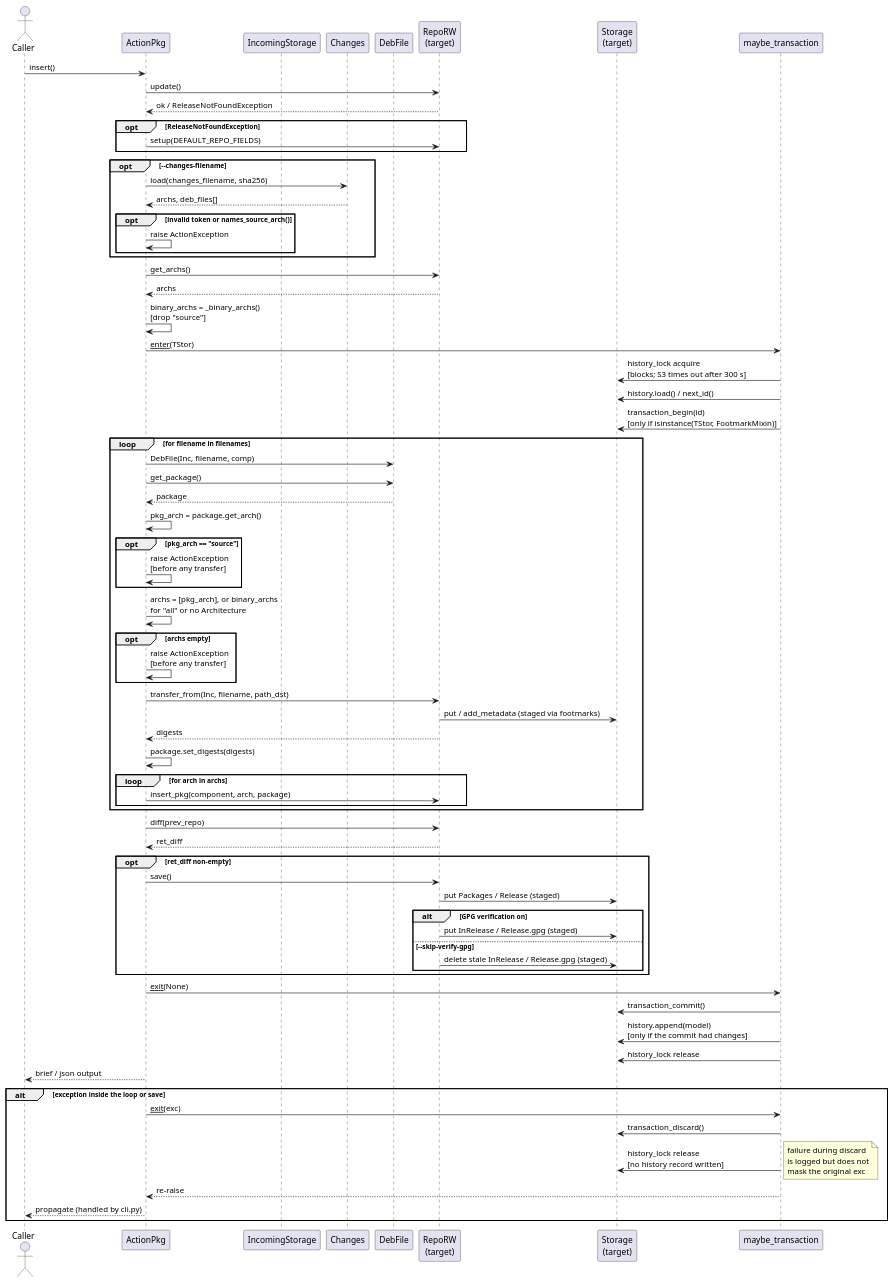
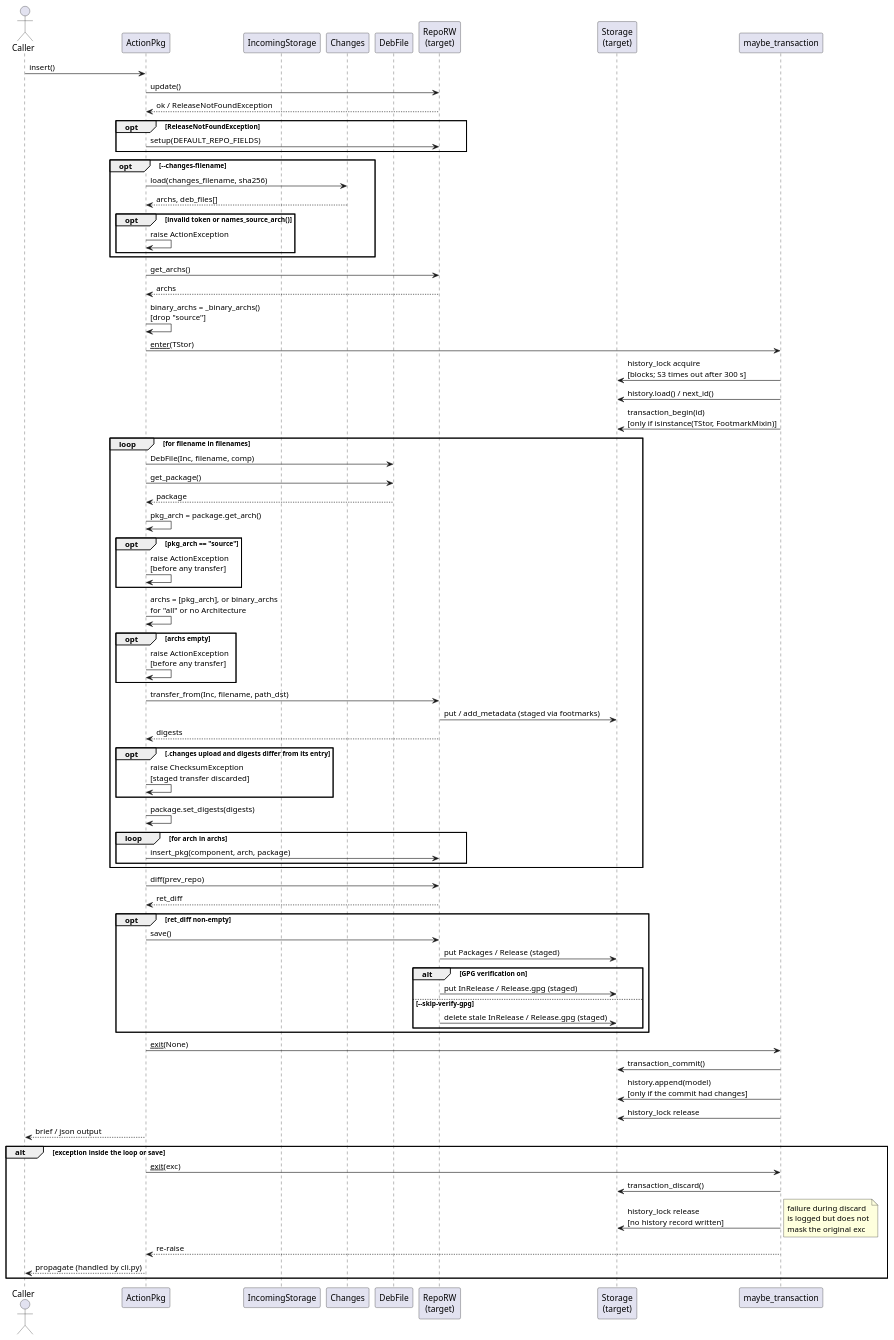
The diagram in docs/development/diagrams/action-pkg-insert-sequence.puml (vinklat/debkit), drawn with PlantUML before and after one commit. The commit also changed 7 other files, not shown here.

```diff
--- a/docs/development/diagrams/action-pkg-insert-sequence.puml
+++ b/docs/development/diagrams/action-pkg-insert-sequence.puml
@@ -1,83 +1,86 @@
 @startuml
 actor Caller
 participant ActionPkg
 participant "IncomingStorage" as Inc
 participant "Changes" as Chg
 participant "DebFile" as Df
 participant "RepoRW\n(target)" as Tgt
 participant "Storage\n(target)" as TStor
 participant "maybe_transaction" as CM
 
 Caller -> ActionPkg: insert()
 
 ActionPkg -> Tgt: update()
 Tgt --> ActionPkg: ok / ReleaseNotFoundException
 opt ReleaseNotFoundException
   ActionPkg -> Tgt: setup(DEFAULT_REPO_FIELDS)
 end
 
 opt --changes-filename
   ActionPkg -> Chg: load(changes_filename, sha256)
   Chg --> ActionPkg: archs, deb_files[]
   opt invalid token or names_source_arch()
     ActionPkg -> ActionPkg: raise ActionException
   end
 end
 ActionPkg -> Tgt: get_archs()
 Tgt --> ActionPkg: archs
 ActionPkg -> ActionPkg: binary_archs = _binary_archs()\n[drop "source"]
 
 ActionPkg -> CM: __enter__(TStor)
 CM -> TStor: history_lock acquire\n[blocks; S3 times out after 300 s]
 CM -> TStor: history.load() / next_id()
 CM -> TStor: transaction_begin(id)\n[only if isinstance(TStor, FootmarkMixin)]
 
 loop for filename in filenames
   ActionPkg -> Df: DebFile(Inc, filename, comp)
   ActionPkg -> Df: get_package()
   Df --> ActionPkg: package
   ActionPkg -> ActionPkg: pkg_arch = package.get_arch()
   opt pkg_arch == "source"
     ActionPkg -> ActionPkg: raise ActionException\n[before any transfer]
   end
   ActionPkg -> ActionPkg: archs = [pkg_arch], or binary_archs\nfor "all" or no Architecture
   opt archs empty
     ActionPkg -> ActionPkg: raise ActionException\n[before any transfer]
   end
   ActionPkg -> Tgt: transfer_from(Inc, filename, path_dst)
   Tgt -> TStor: put / add_metadata (staged via footmarks)
   Tgt --> ActionPkg: digests
+  opt .changes upload and digests differ from its entry
+    ActionPkg -> ActionPkg: raise ChecksumException\n[staged transfer discarded]
+  end
   ActionPkg -> ActionPkg: package.set_digests(digests)
   loop for arch in archs
     ActionPkg -> Tgt: insert_pkg(component, arch, package)
   end
 end
 
 ActionPkg -> Tgt: diff(prev_repo)
 Tgt --> ActionPkg: ret_diff
 opt ret_diff non-empty
   ActionPkg -> Tgt: save()
   Tgt -> TStor: put Packages / Release (staged)
   alt GPG verification on
     Tgt -> TStor: put InRelease / Release.gpg (staged)
   else --skip-verify-gpg
     Tgt -> TStor: delete stale InRelease / Release.gpg (staged)
   end
 end
 
 ActionPkg -> CM: __exit__(None)
 CM -> TStor: transaction_commit()
 CM -> TStor: history.append(model)\n[only if the commit had changes]
 CM -> TStor: history_lock release
 
 ActionPkg --> Caller: brief / json output
 
 alt exception inside the loop or save
   ActionPkg -> CM: __exit__(exc)
   CM -> TStor: transaction_discard()
   CM -> TStor: history_lock release\n[no history record written]
   note right: failure during discard\nis logged but does not\nmask the original exc
   CM --> ActionPkg: re-raise
   ActionPkg --> Caller: propagate (handled by cli.py)
 end
 @enduml
```
